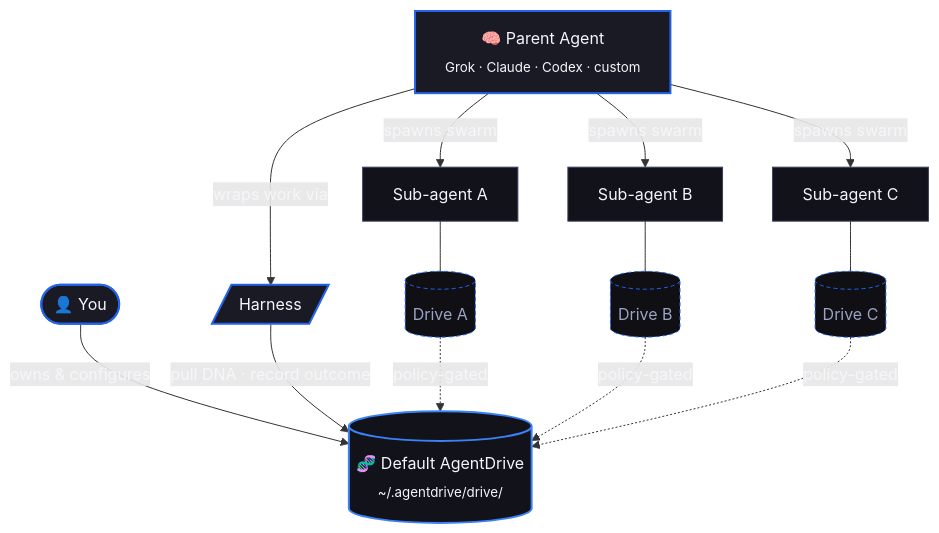
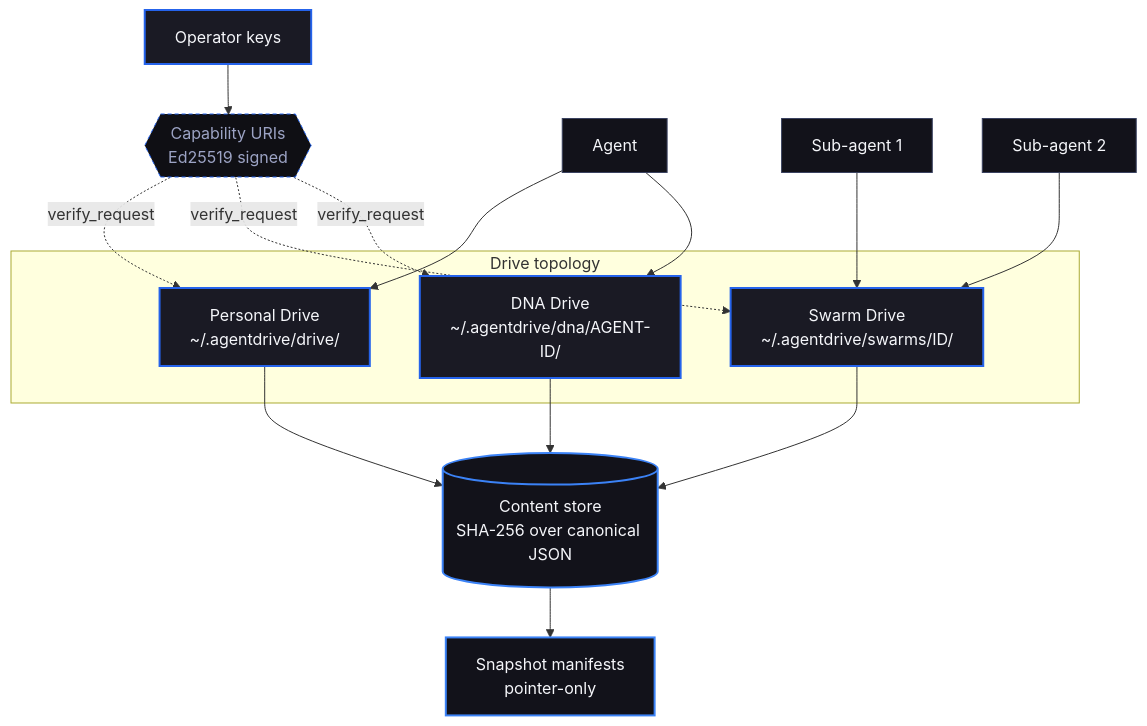
The diagram in README.md (PabloTheThinker/AgentDrive), drawn with Mermaid before and after one commit. The commit also changed other lines of this file, not shown here.

First line of the commit message:
docs(readme): professional rewrite reflecting v0.1.0 architecture

````diff
--- a/README.md
+++ b/README.md
@@ -149,37 +112,38 @@
 ```mermaid
 flowchart TB
-    classDef parent fill:#1a1a24,stroke:#2563eb,color:#f5f6fa,stroke-width:2px
-    classDef child  fill:#12121a,stroke:#3a4260,color:#f5f6fa
-    classDef drive  fill:#0f0f14,stroke:#2563eb,color:#9ca3c4,stroke-dasharray:4 3
-    classDef root   fill:#12121a,stroke:#3b82f6,color:#f5f6fa,stroke-width:2px
+    classDef tier fill:#1a1a24,stroke:#2563eb,color:#f5f6fa,stroke-width:2px
+    classDef store fill:#12121a,stroke:#3b82f6,color:#f5f6fa,stroke-width:2px
+    classDef cap fill:#0f0f14,stroke:#2563eb,color:#9ca3c4,stroke-dasharray:4 3
+    classDef agent fill:#12121a,stroke:#3a4260,color:#f5f6fa
 
-    User([👤 You]):::parent
-    Parent[🧠 Parent Agent<br/><sub>Grok · Claude · Codex · custom</sub>]:::parent
-    H[/Harness/]:::parent
+    Operator[Operator keys]:::tier
+    Caps{{Capability URIs<br/>Ed25519 signed}}:::cap
 
-    Sub1[Sub-agent A]:::child
-    Sub2[Sub-agent B]:::child
-    Sub3[Sub-agent C]:::child
+    subgraph Tiers["Drive topology"]
+        Personal[Personal Drive<br/>~/.agentdrive/drive/]:::tier
+        Swarm[Swarm Drive<br/>~/.agentdrive/swarms/ID/]:::tier
+        DNA[DNA Drive<br/>~/.agentdrive/dna/AGENT-ID/]:::tier
+    end
 
-    Drive1[(Drive A)]:::drive
-    Drive2[(Drive B)]:::drive
-    Drive3[(Drive C)]:::drive
+    Store[(Content store<br/>SHA-256 over canonical JSON)]:::store
+    Backup[Snapshot manifests<br/>pointer-only]:::store
 
-    Default[(🧬 Default AgentDrive<br/><sub>~/.agentdrive/drive/</sub>)]:::root
+    Agent[Agent]:::agent
+    Worker1[Sub-agent 1]:::agent
+    Worker2[Sub-agent 2]:::agent
 
-    User -->|owns &amp; configures| Default
-    Parent -->|wraps work via| H
-    H -->|pull DNA · record outcome| Default
+    Operator --> Caps
+    Caps -. verify_request .-> Personal
+    Caps -. verify_request .-> Swarm
+    Caps -. verify_request .-> DNA
 
-    Parent -->|spawns swarm| Sub1
-    Parent -->|spawns swarm| Sub2
-    Parent -->|spawns swarm| Sub3
+    Agent --> Personal
+    Agent --> DNA
+    Worker1 --> Swarm
+    Worker2 --> Swarm
 
-    Sub1 --- Drive1
-    Sub2 --- Drive2
-    Sub3 --- Drive3
-
-    Drive1 -.->|policy-gated| Default
-    Drive2 -.->|policy-gated| Default
-    Drive3 -.->|policy-gated| Default
+    Personal --> Store
+    Swarm --> Store
+    DNA --> Store
+    Store --> Backup
 ```
````
